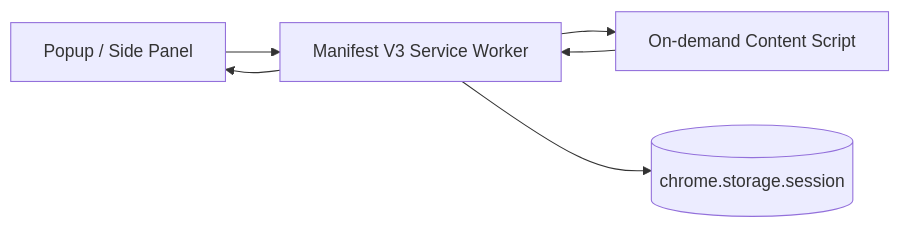
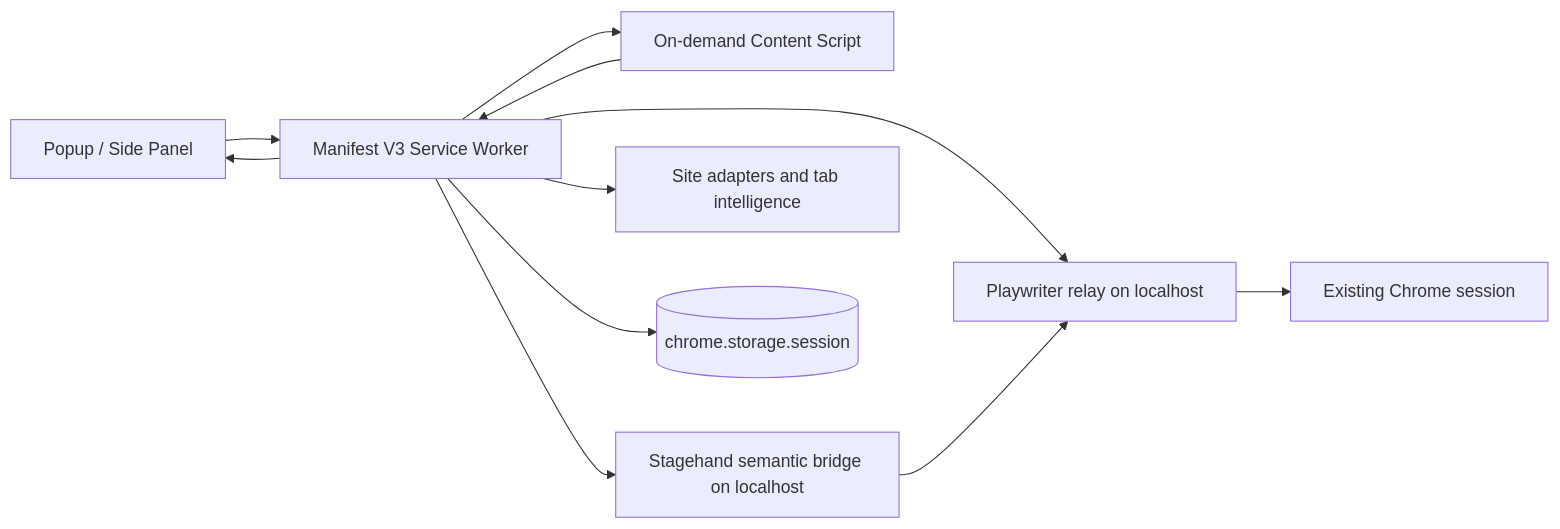
The diagram in README.md (jpyanes/codex-browser-companion), drawn with Mermaid before and after one commit. The commit also changed other lines of this file and 41 other files, not shown here.

Commit message:
Add site adapters and tab intelligence

````diff
--- a/README.md
+++ b/README.md
@@ -15,8 +18,13 @@
 ```mermaid
 flowchart LR
   UI[Popup / Side Panel] --> BG[Manifest V3 Service Worker]
   BG --> CS[On-demand Content Script]
   CS --> BG
+  BG --> BR[Playwriter relay on localhost]
+  BR --> CH[Existing Chrome session]
+  BG --> SB[Stagehand semantic bridge on localhost]
+  SB --> BR
+  BG --> SA[Site adapters and tab intelligence]
   BG --> UI
   BG --> ST[(chrome.storage.session)]
 ```
````
